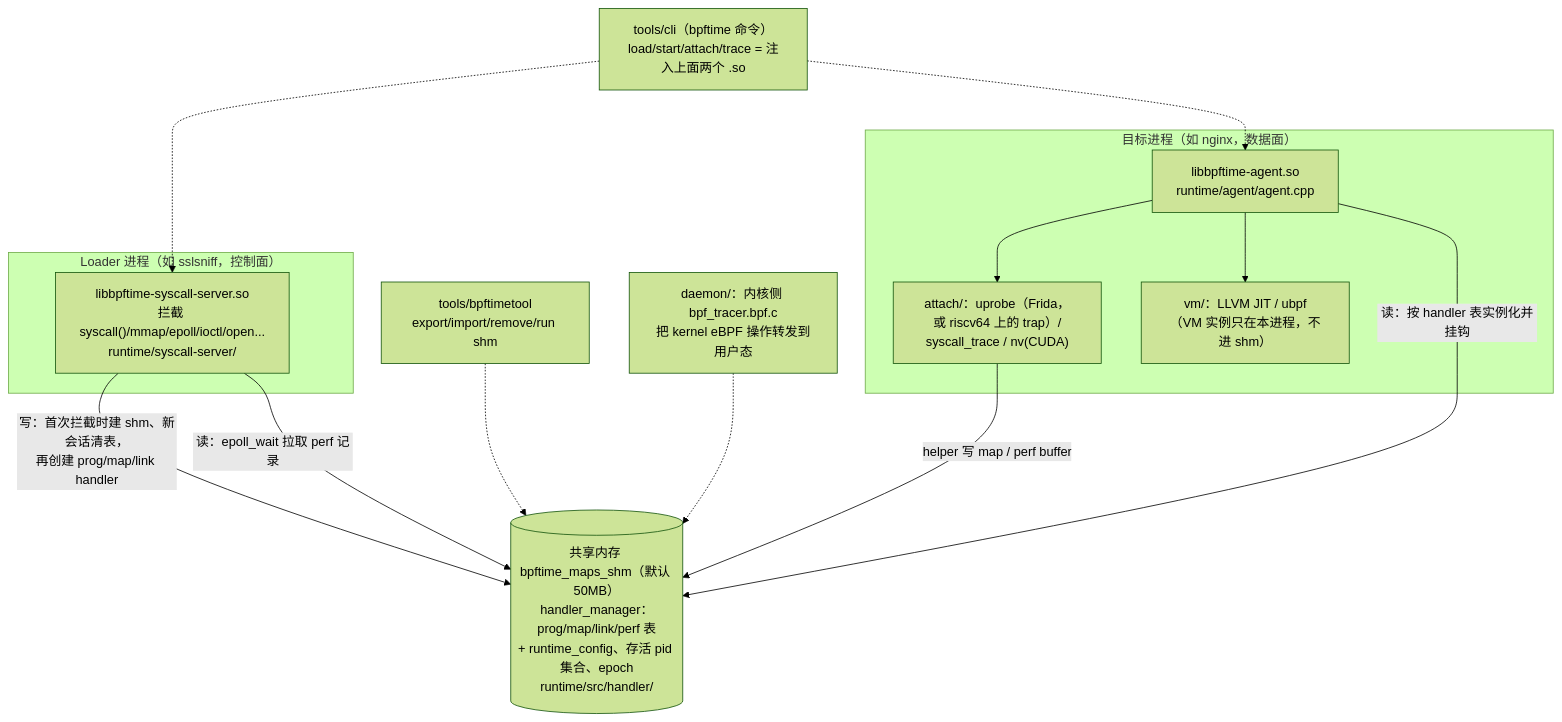
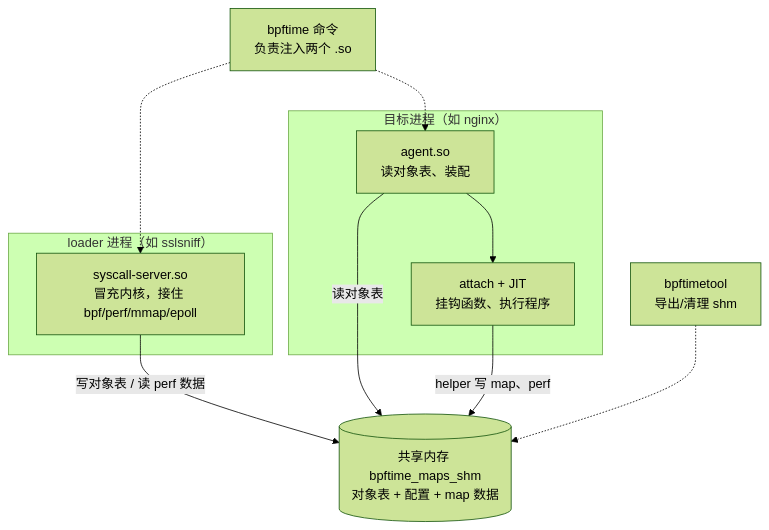
The second of 3 diagrams in 00-architecture.md (plsy1/bpftime-benchmark), drawn with Mermaid (forest theme) before and after one commit. The commit also changed other lines of this file and 10 other files, not shown here.

````diff
--- a/00-architecture.md
+++ b/00-architecture.md
@@ -41,22 +206,18 @@
 ```mermaid
 graph TD
-    subgraph loader["Loader 进程（如 sslsniff，控制面）"]
-        SS["libbpftime-syscall-server.so<br/>拦截 syscall()/mmap/epoll/ioctl/open...<br/>runtime/syscall-server/"]
+    subgraph loader["loader 进程（如 sslsniff）"]
+        SS["syscall-server.so<br/>冒充内核，接住 bpf/perf/mmap/epoll"]
     end
-    subgraph target["目标进程（如 nginx，数据面）"]
-        AG["libbpftime-agent.so<br/>runtime/agent/agent.cpp"]
-        ATT["attach/：uprobe（Frida，或 riscv64 上的 trap）/<br/>syscall_trace / nv(CUDA)"]
-        VM["vm/：LLVM JIT / ubpf<br/>（VM 实例只在本进程，不进 shm）"]
-        AG --> ATT
-        AG --> VM
+    subgraph target["目标进程（如 nginx）"]
+        AG["agent.so<br/>读对象表、装配"]
+        EXE["attach + JIT<br/>挂钩函数、执行程序"]
+        AG --> EXE
     end
-    SHM[("共享内存 bpftime_maps_shm（默认 50MB）<br/>handler_manager：prog/map/link/perf 表<br/>+ runtime_config、存活 pid 集合、epoch<br/>runtime/src/handler/")]
-    SS -- "写：首次拦截时建 shm、新会话清表，<br/>再创建 prog/map/link handler" --> SHM
-    AG -- "读：按 handler 表实例化并挂钩" --> SHM
-    ATT -- "helper 写 map / perf buffer" --> SHM
-    SS -- "读：epoll_wait 拉取 perf 记录" --> SHM
-    CLI["tools/cli（bpftime 命令）<br/>load/start/attach/trace = 注入上面两个 .so"] -.-> SS
+    SHM[("共享内存 bpftime_maps_shm<br/>对象表 + 配置 + map 数据")]
+    SS -- "写对象表 / 读 perf 数据" --> SHM
+    AG -- "读对象表" --> SHM
+    EXE -- "helper 写 map、perf" --> SHM
+    CLI["bpftime 命令<br/>负责注入两个 .so"] -.-> SS
     CLI -.-> AG
-    TOOL["tools/bpftimetool<br/>export/import/remove/run shm"] -.-> SHM
-    DAEMON["daemon/：内核侧 bpf_tracer.bpf.c<br/>把 kernel eBPF 操作转发到用户态"] -.-> SHM
+    TOOL["bpftimetool<br/>导出/清理 shm"] -.-> SHM
 ```
````
